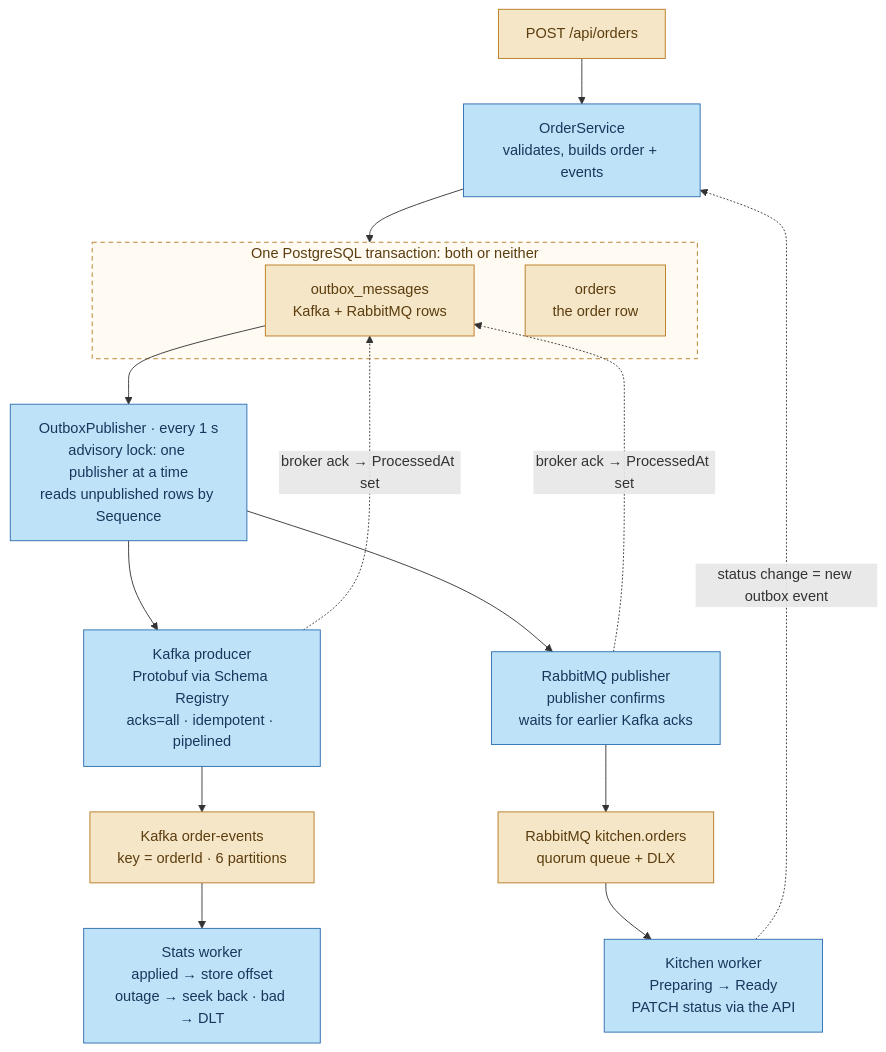
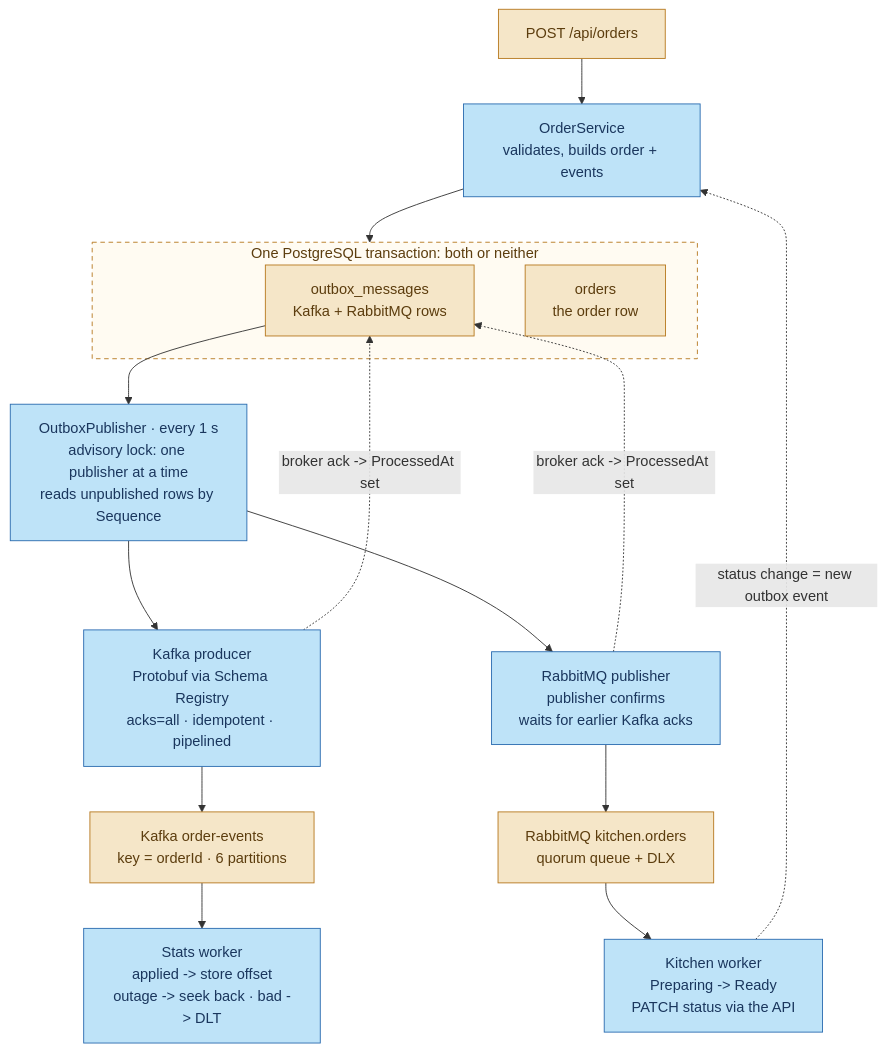
Before and after one commit to ring9834/BrewQueue: the first of 2 diagrams in docs/messaging-workflow.md, drawn with Mermaid. The commit also changed other lines of this file and 5 other files, not shown here.

````diff
--- a/docs/messaging-workflow.md
+++ b/docs/messaging-workflow.md
@@ -13,30 +13,30 @@
 ```mermaid
 flowchart TD
     client["POST /api/orders"]:::infra
     svc["OrderService<br/>validates, builds order + events"]:::code
 
     subgraph tx["One PostgreSQL transaction: both or neither"]
         outbox["outbox_messages<br/>Kafka + RabbitMQ rows"]:::infra
         orders["orders<br/>the order row"]:::infra
     end
 
     pub["OutboxPublisher · every 1 s<br/>advisory lock: one publisher at a time<br/>reads unpublished rows by Sequence"]:::code
     kprod["Kafka producer<br/>Protobuf via Schema Registry<br/>acks=all · idempotent · pipelined"]:::code
     rprod["RabbitMQ publisher<br/>publisher confirms<br/>waits for earlier Kafka acks"]:::code
     topic["Kafka order-events<br/>key = orderId · 6 partitions"]:::infra
     queue["RabbitMQ kitchen.orders<br/>quorum queue + DLX"]:::infra
-    stats["Stats worker<br/>applied → store offset<br/>outage → seek back · bad → DLT"]:::code
-    kitchen["Kitchen worker<br/>Preparing → Ready<br/>PATCH status via the API"]:::code
+    stats["Stats worker<br/>applied -> store offset<br/>outage -> seek back · bad -> DLT"]:::code
+    kitchen["Kitchen worker<br/>Preparing -> Ready<br/>PATCH status via the API"]:::code
 
     client --> svc --> tx
     outbox --> pub
     pub --> kprod --> topic --> stats
     pub --> rprod --> queue --> kitchen
-    kprod -. "broker ack → ProcessedAt set" .-> outbox
-    rprod -. "broker ack → ProcessedAt set" .-> outbox
+    kprod -. "broker ack -> ProcessedAt set" .-> outbox
+    rprod -. "broker ack -> ProcessedAt set" .-> outbox
     kitchen -. "status change = new outbox event" .-> svc
 
     style tx fill:#FFFBF2,stroke:#B7791F,stroke-dasharray:5 4,color:#5C3D0E
     classDef code fill:#BEE3F8,stroke:#2B6CB0,color:#1A365D
     classDef infra fill:#F5E6C8,stroke:#B7791F,color:#5C3D0E
 ```
````
